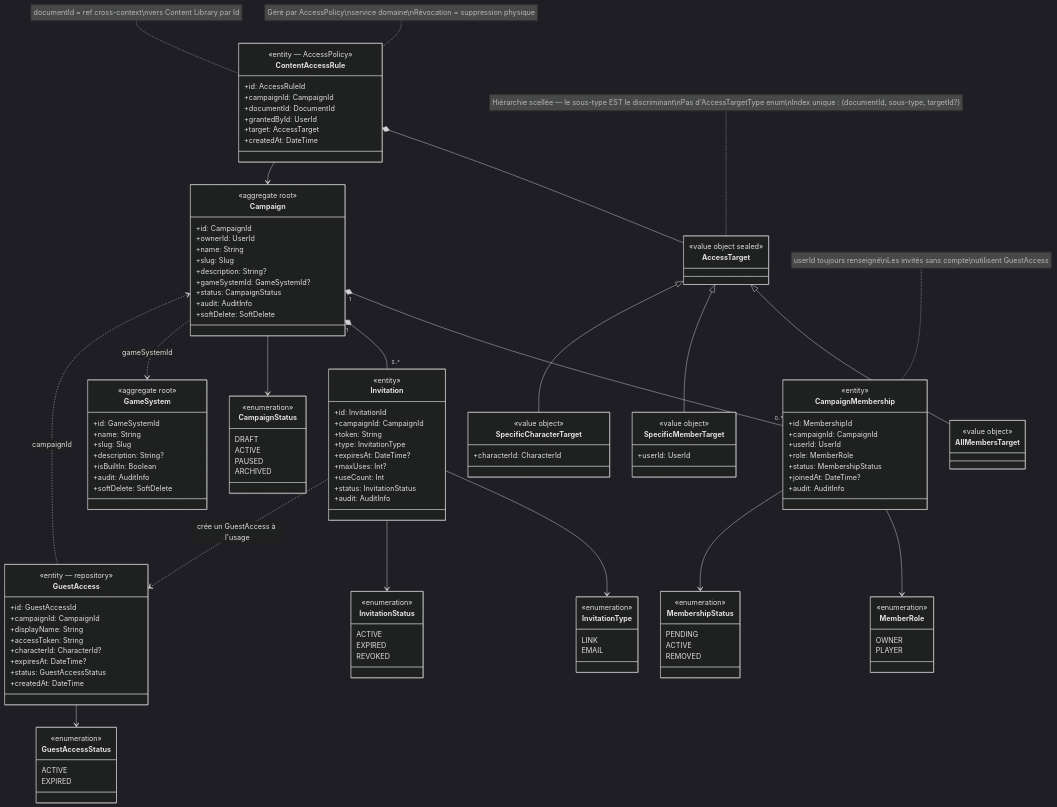
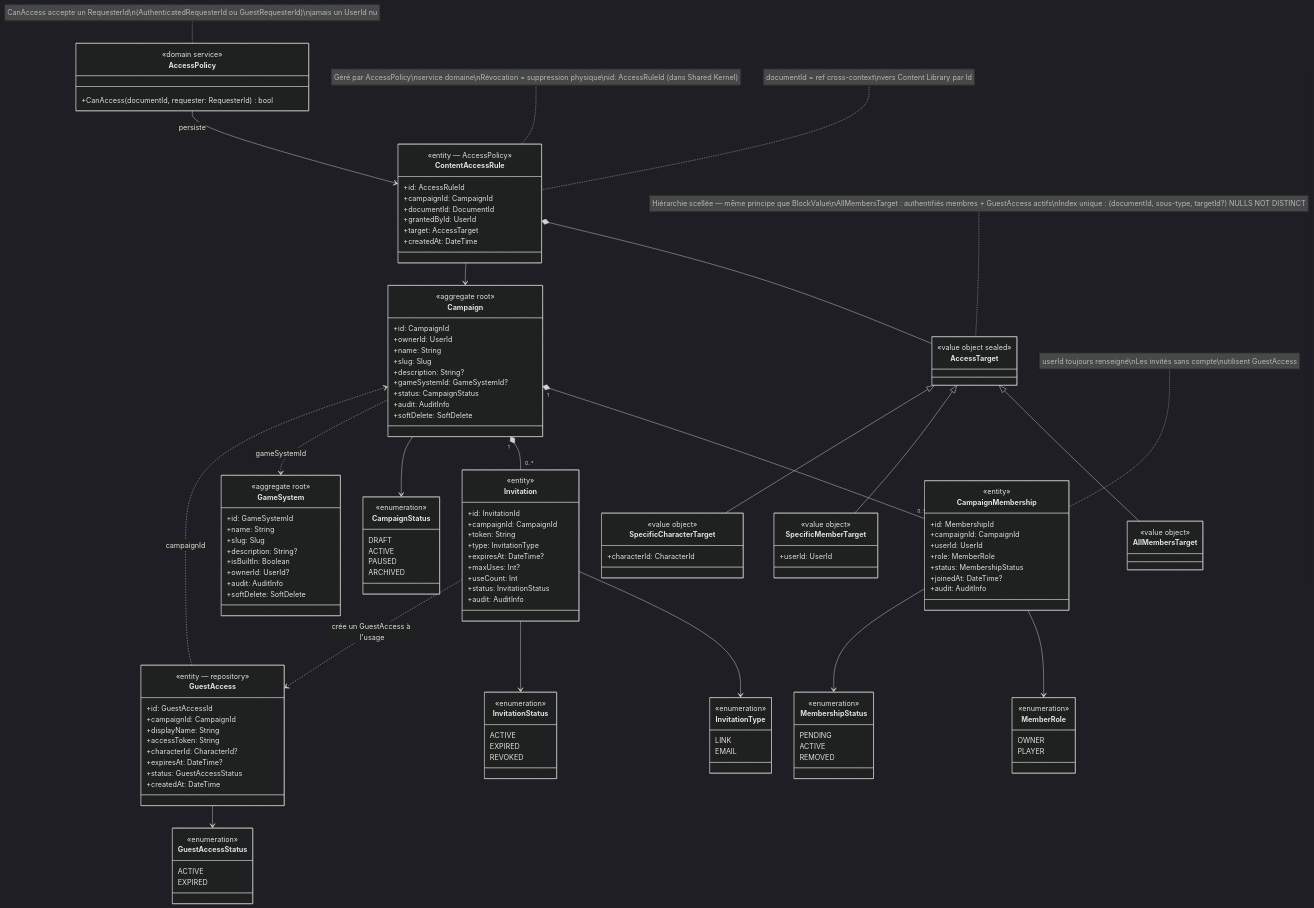
One commit to 2025-10-CDA-ECO-P6/PM-micro-saas changed the third of 7 diagrams in docs/conception/DiagrammesClasses.md. Above: the diagram before and after it, drawn with Mermaid (dark theme). The commit also changed other lines of this file and 8 other files, not shown here.

Commit message:
docs: complete architectural audit corrections and add missing documentation

````diff
--- a/docs/conception/DiagrammesClasses.md
+++ b/docs/conception/DiagrammesClasses.md
@@ -129,6 +160,7 @@
         +slug: Slug
         +description: String?
         +isBuiltIn: Boolean
+        +ownerId: UserId?
         +audit: AuditInfo
         +softDelete: SoftDelete
     }
@@ -140,6 +172,10 @@
         +grantedById: UserId
         +target: AccessTarget
         +createdAt: DateTime
+    }
+    class AccessPolicy {
+        <<domain service>>
+        +CanAccess(documentId, requester: RequesterId) bool
     }
     class AccessTarget {
         <<value object sealed>>
@@ -200,13 +236,15 @@
     Invitation ..> GuestAccess : crée un GuestAccess à l'usage
     GuestAccess --> GuestAccessStatus
     GuestAccess ..> Campaign : campaignId
+    AccessPolicy --> ContentAccessRule : persiste
     ContentAccessRule *-- AccessTarget
     ContentAccessRule --> Campaign
     AccessTarget <|-- AllMembersTarget
     AccessTarget <|-- SpecificMemberTarget
     AccessTarget <|-- SpecificCharacterTarget
     note for CampaignMembership "userId toujours renseigné\nLes invités sans compte\nutilisent GuestAccess"
-    note for ContentAccessRule "Géré par AccessPolicy\nservice domaine\nRévocation = suppression physique"
+    note for ContentAccessRule "Géré par AccessPolicy\nservice domaine\nRévocation = suppression physique\nid: AccessRuleId (dans Shared Kernel)"
     note for ContentAccessRule "documentId = ref cross-context\nvers Content Library par Id"
-    note for AccessTarget "Hiérarchie scellée — le sous-type EST le discriminant\nPas d'AccessTargetType enum\nIndex unique : (documentId, sous-type, targetId?)"
+    note for AccessTarget "Hiérarchie scellée — même principe que BlockValue\nAllMembersTarget : authentifiés membres + GuestAccess actifs\nIndex unique : (documentId, sous-type, targetId?) NULLS NOT DISTINCT"
+    note for AccessPolicy "CanAccess accepte un RequesterId\n(AuthenticatedRequesterId ou GuestRequesterId)\njamais un UserId nu"
 ```
````
